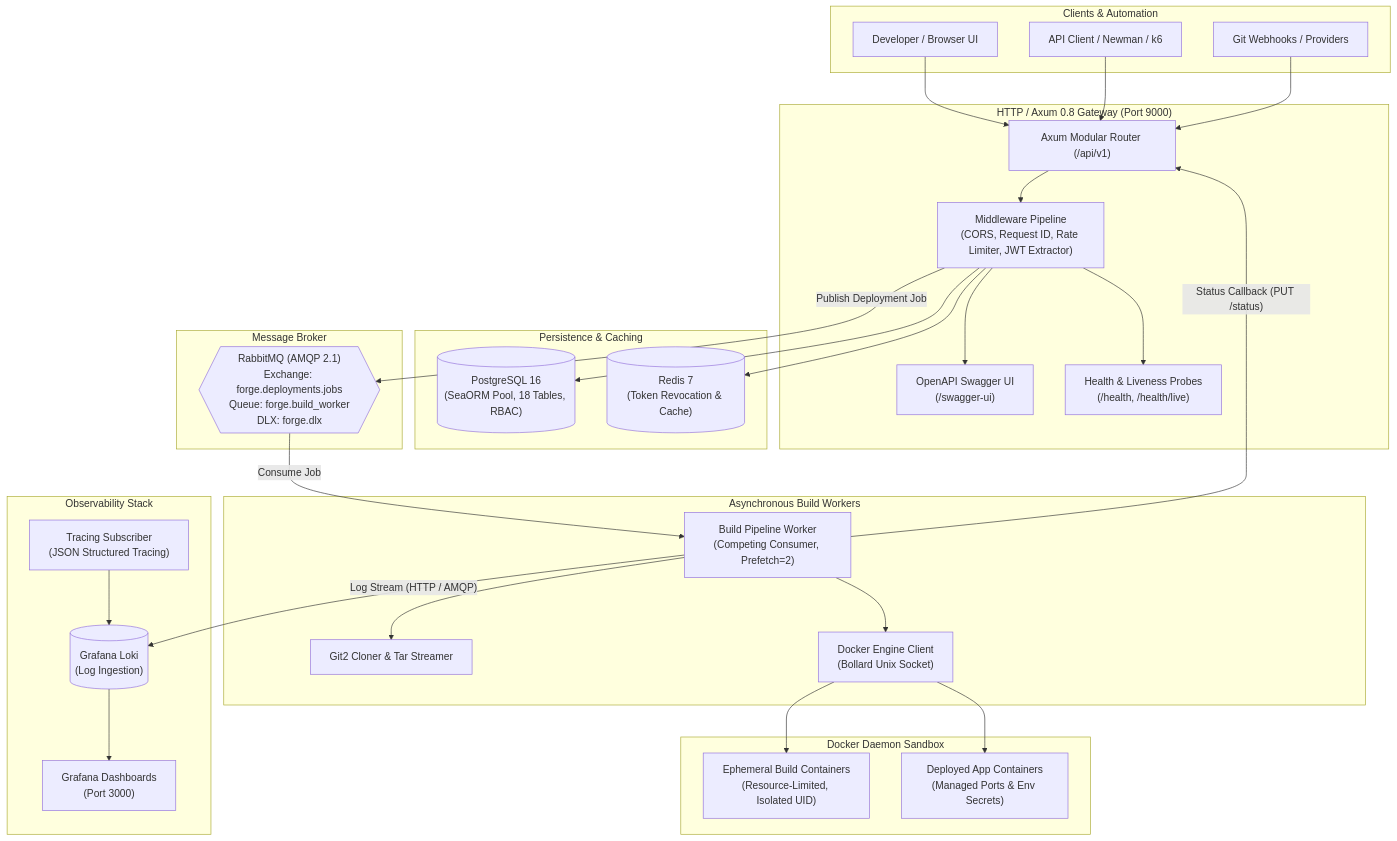
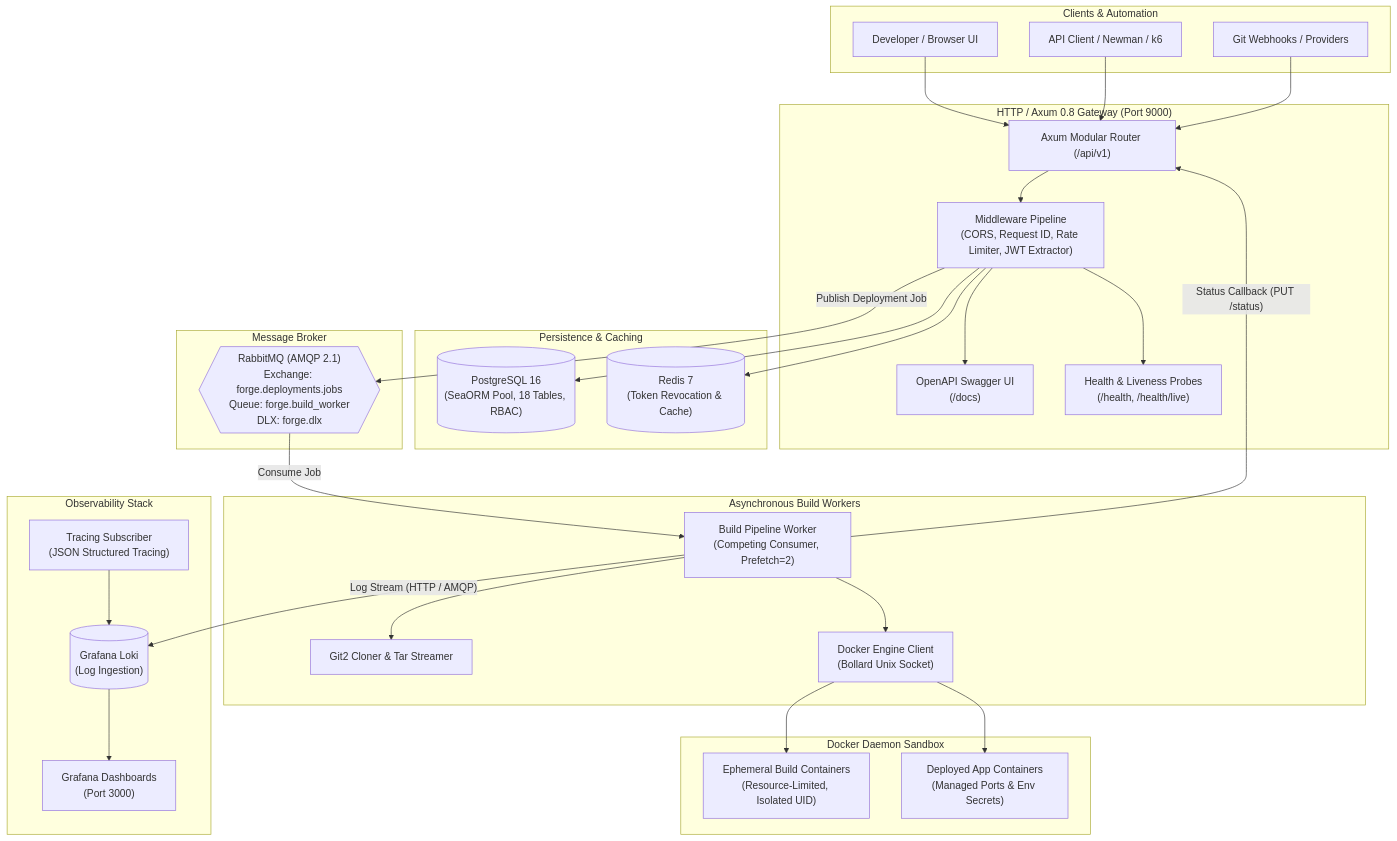
Before and after one commit to mislam-dev/forge: the diagram in README.md, drawn with Mermaid. The commit also changed other lines of this file and 10 other files, not shown here.

````diff
--- a/README.md
+++ b/README.md
@@ -31,64 +33,64 @@
 ```mermaid
 flowchart TD
     subgraph Clients["Clients & Automation"]
         Dev["Developer / Browser UI"]
         CLI["API Client / Newman / k6"]
         GH["Git Webhooks / Providers"]
     end
 
     subgraph HTTP["HTTP / Axum 0.8 Gateway (Port 9000)"]
         Router["Axum Modular Router (/api/v1)"]
         MW["Middleware Pipeline\n(CORS, Request ID, Rate Limiter, JWT Extractor)"]
-        Swagger["OpenAPI Swagger UI\n(/swagger-ui)"]
+        Swagger["OpenAPI Swagger UI\n(/docs)"]
         Health["Health & Liveness Probes\n(/health, /health/live)"]
     end
 
     subgraph Data["Persistence & Caching"]
         PG[("PostgreSQL 16\n(SeaORM Pool, 18 Tables, RBAC)")]
         Redis[("Redis 7\n(Token Revocation & Cache)")]
     end
 
     subgraph Messaging["Message Broker"]
         RMQ{{"RabbitMQ (AMQP 2.1)\nExchange: forge.deployments.jobs\nQueue: forge.build_worker\nDLX: forge.dlx"}}
     end
 
     subgraph Workers["Asynchronous Build Workers"]
         Worker["Build Pipeline Worker\n(Competing Consumer, Prefetch=2)"]
         Git["Git2 Cloner & Tar Streamer"]
         Bollard["Docker Engine Client\n(Bollard Unix Socket)"]
     end
 
     subgraph Containers["Docker Daemon Sandbox"]
         BuildContainers["Ephemeral Build Containers\n(Resource-Limited, Isolated UID)"]
         AppContainers["Deployed App Containers\n(Managed Ports & Env Secrets)"]
     end
 
     subgraph Observability["Observability Stack"]
         Loki[("Grafana Loki\n(Log Ingestion)")]
         Grafana["Grafana Dashboards\n(Port 3000)"]
         Tracing["Tracing Subscriber\n(JSON Structured Tracing)"]
     end
 
     %% Flow connections
     Dev --> Router
     CLI --> Router
     GH --> Router
     Router --> MW
     MW --> Swagger
     MW --> Health
 
     MW --> PG
     MW --> Redis
     MW -- "Publish Deployment Job" --> RMQ
 
     RMQ -- "Consume Job" --> Worker
     Worker --> Git
     Worker --> Bollard
     Bollard --> BuildContainers
     Bollard --> AppContainers
 
     Worker -- "Log Stream (HTTP / AMQP)" --> Loki
     Worker -- "Status Callback (PUT /status)" --> Router
     Tracing --> Loki
     Loki --> Grafana
 ```
````
